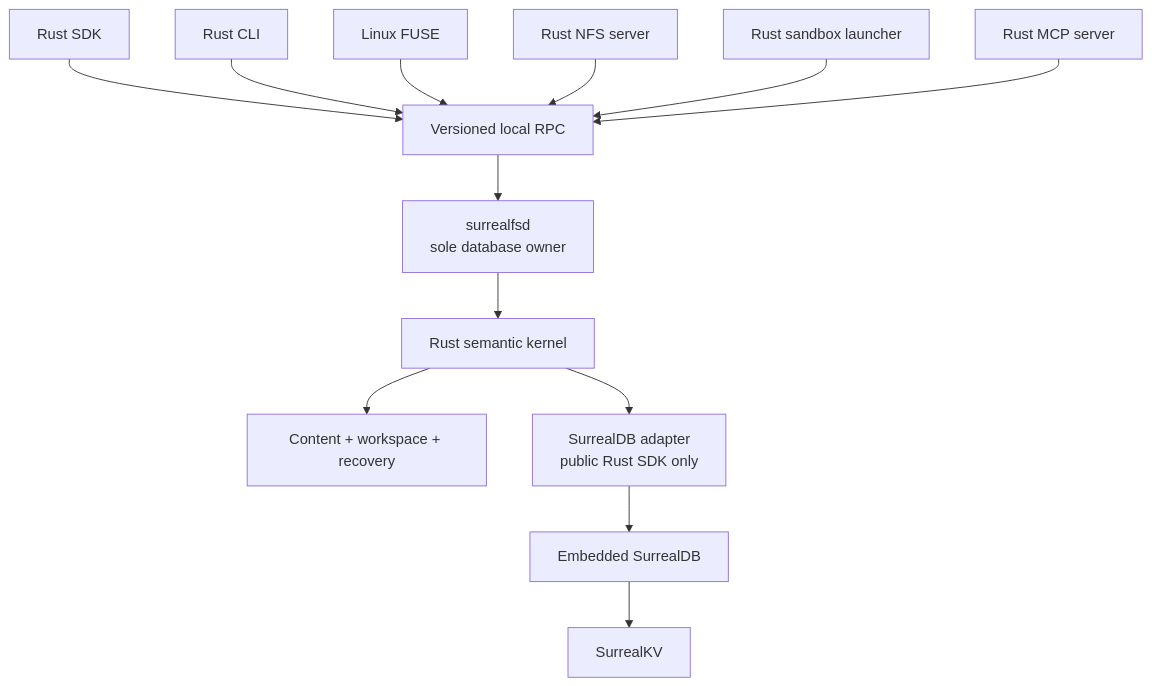
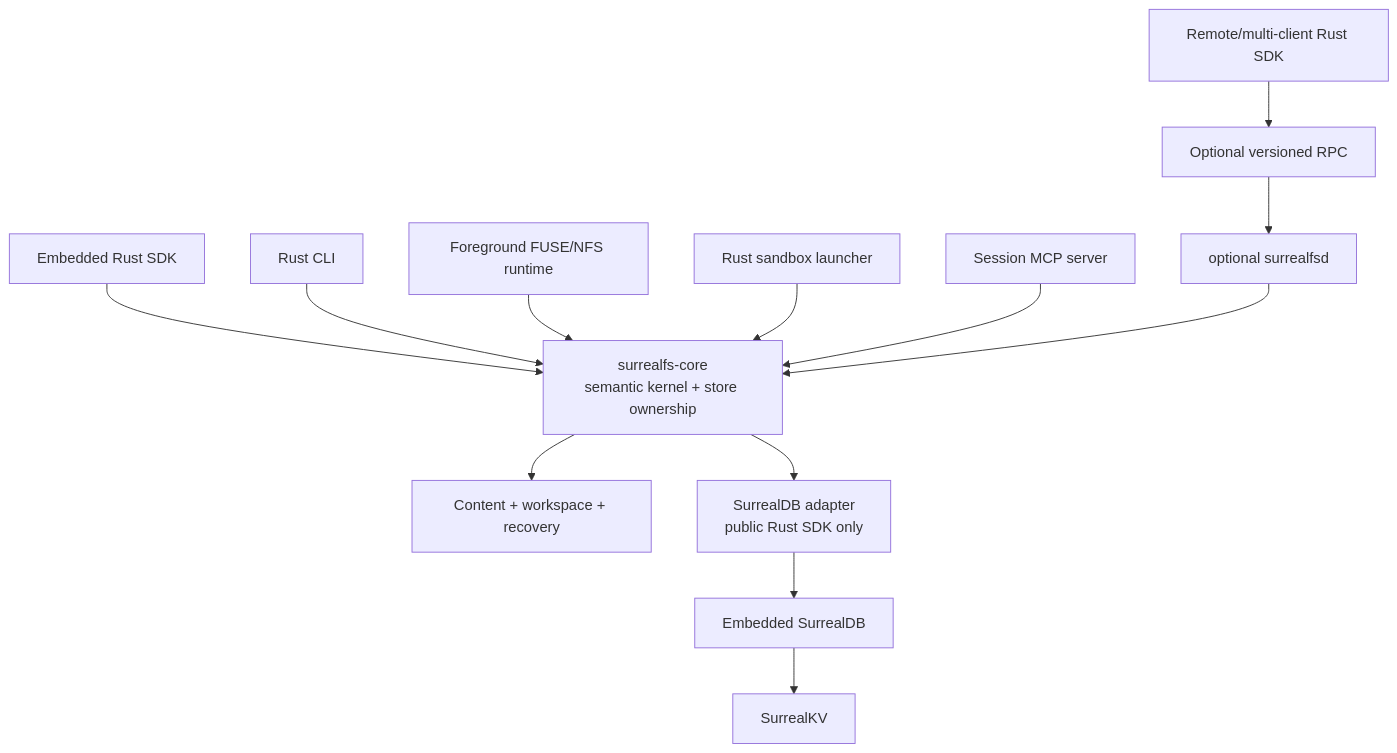
Before and after one commit to surrealdb-dev/surrealfs: the diagram in RUST_SDK_PLAN.md, drawn with Mermaid. The commit also changed other lines of this file and 121 other files, not shown here.

````diff
--- a/RUST_SDK_PLAN.md
+++ b/RUST_SDK_PLAN.md
@@ -187,15 +368,15 @@
 ```mermaid
 flowchart TB
-    SDK["Rust SDK"] --> RPC["Versioned local RPC"]
-    CLI["Rust CLI"] --> RPC
-    FUSE["Linux FUSE"] --> RPC
-    NFS["Rust NFS server"] --> RPC
-    SB["Rust sandbox launcher"] --> RPC
-    MCP["Rust MCP server"] --> RPC
-    RPC --> D["surrealfsd\nsole database owner"]
-    D --> K["Rust semantic kernel"]
+    SDK["Embedded Rust SDK"] --> K["surrealfs-core\nsemantic kernel + store ownership"]
+    CLI["Rust CLI"] --> K
+    FUSE["Foreground FUSE/NFS runtime"] --> K
+    SB["Rust sandbox launcher"] --> K
+    MCP["Session MCP server"] --> K
+    REM["Remote/multi-client Rust SDK"] --> RPC["Optional versioned RPC"]
+    RPC --> D["optional surrealfsd"]
+    D --> K
     K --> C["Content + workspace + recovery"]
     K --> A["SurrealDB adapter\npublic Rust SDK only"]
     A --> S["Embedded SurrealDB"]
     S --> V["SurrealKV"]
 ```
````
